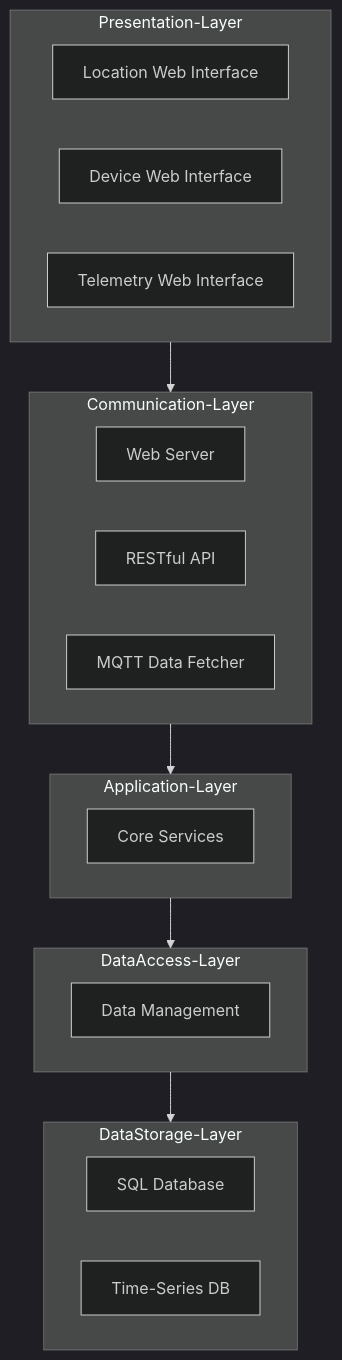
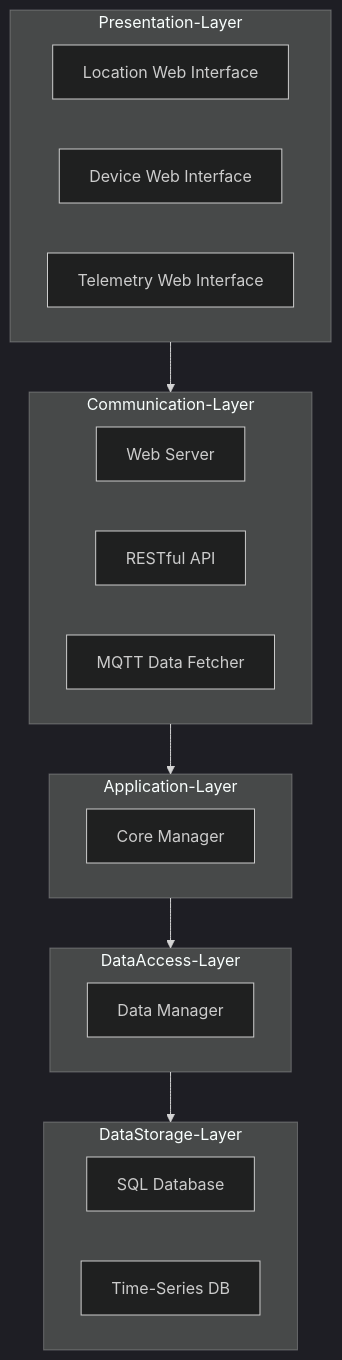
One commit to Distributed-IoT-Software-Arch-Course/iot-monolithic-arch-playground changed the first of 2 diagrams in README.md. Above: the diagram before and after it, drawn with Mermaid (dark theme).

Commit message:
Minor changes in the README

````diff
--- a/README.md
+++ b/README.md
@@ -17,32 +17,32 @@
 ```mermaid
 graph TD
   subgraph Presentation-Layer
     A1[Location Web Interface]
     A2[Device Web Interface]
     A3[Telemetry Web Interface]
   end
   
   subgraph Communication-Layer
     B1[Web Server]
     B2[RESTful API]
     B3[MQTT Data Fetcher]
   end
   
   subgraph Application-Layer
-    C1[Core Services]
+    C1[Core Manager]
   end
   
   subgraph DataAccess-Layer
-    D2[Data Management]
+    D2[Data Manager]
   end
   
   subgraph DataStorage-Layer
     E1[SQL Database]
     E2[Time-Series DB]
   end
 
   Presentation-Layer --> Communication-Layer
   Communication-Layer --> Application-Layer
   Application-Layer --> DataAccess-Layer
   DataAccess-Layer --> DataStorage-Layer
 ```
````
